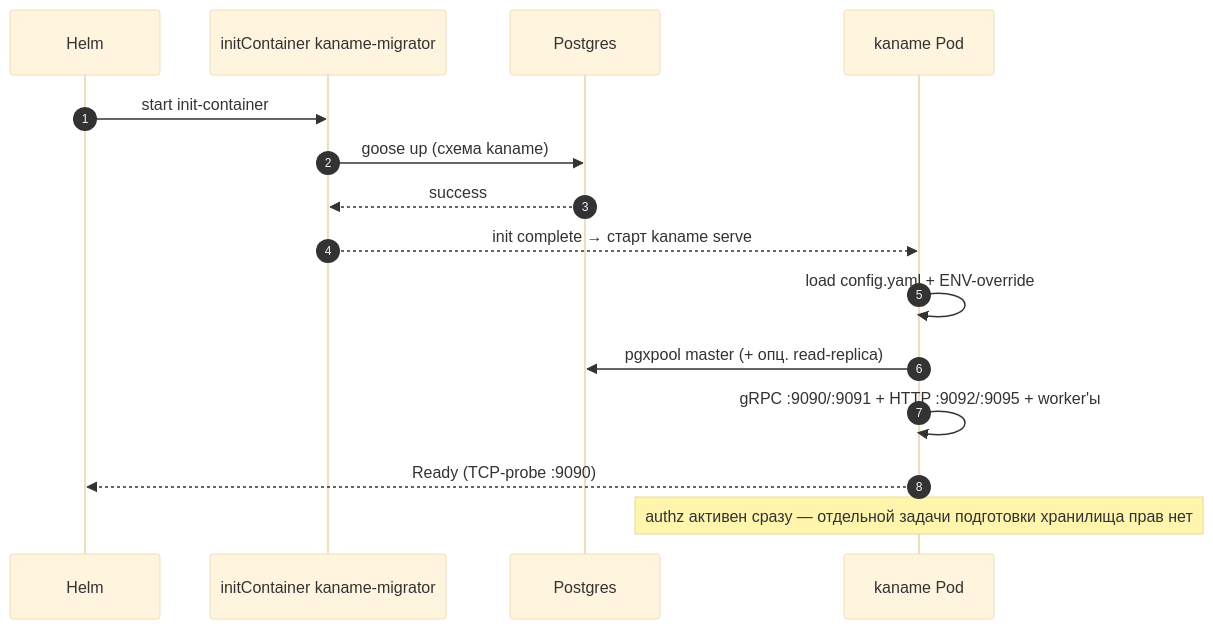
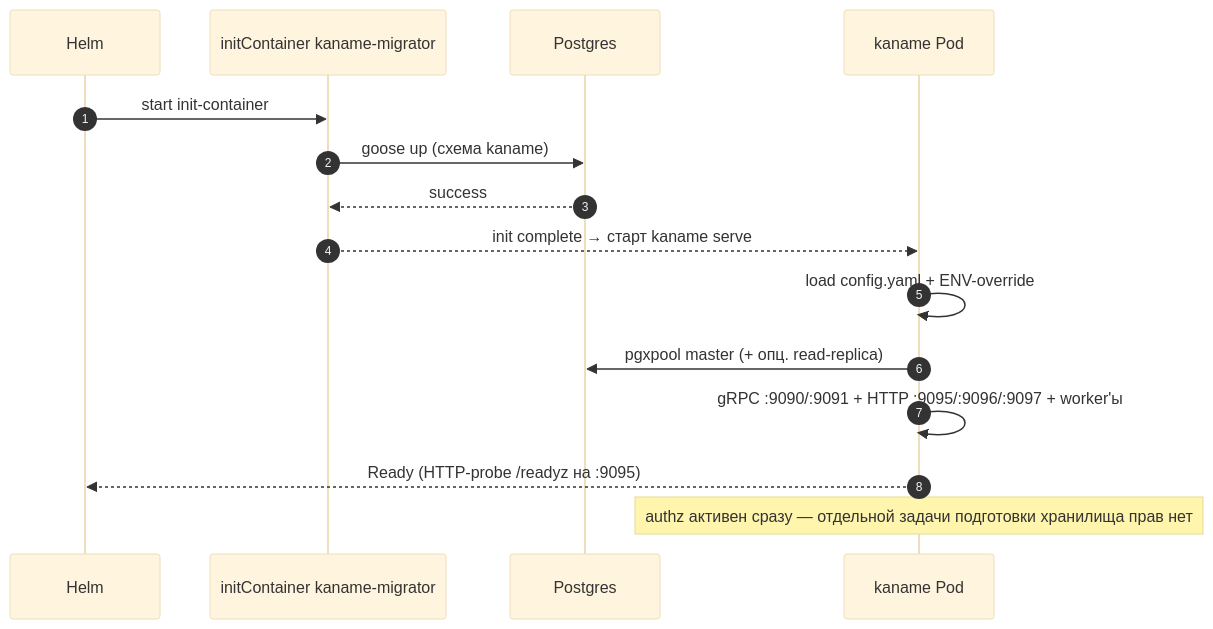
One commit to PRO-Robotech/kaname changed the second of 2 diagrams in docs/engineering/components/31-deployment.md. Above: the diagram before and after it, drawn with Mermaid (base theme). The commit also changed other lines of this file and 79 other files, not shown here.

````diff
--- a/docs/engineering/components/31-deployment.md
+++ b/docs/engineering/components/31-deployment.md
@@ -605,18 +609,18 @@
 ```mermaid
 sequenceDiagram
     autonumber
     participant Helm
     participant Init as initContainer kaname-migrator
     participant PG as Postgres
     participant Pod as kaname Pod
 
     Helm->>Init: start init-container
     Init->>PG: goose up (схема kaname)
     PG-->>Init: success
     Init-->>Pod: init complete → старт kaname serve
     Pod->>Pod: load config.yaml + ENV-override
     Pod->>PG: pgxpool master (+ опц. read-replica)
-    Pod->>Pod: gRPC :9090/:9091 + HTTP :9092/:9095 + worker'ы
-    Pod-->>Helm: Ready (TCP-probe :9090)
+    Pod->>Pod: gRPC :9090/:9091 + HTTP :9095/:9096/:9097 + worker'ы
+    Pod-->>Helm: Ready (HTTP-probe /readyz на :9095)
     Note over Pod: authz активен сразу — отдельной задачи подготовки хранилища прав нет
 ```
````
